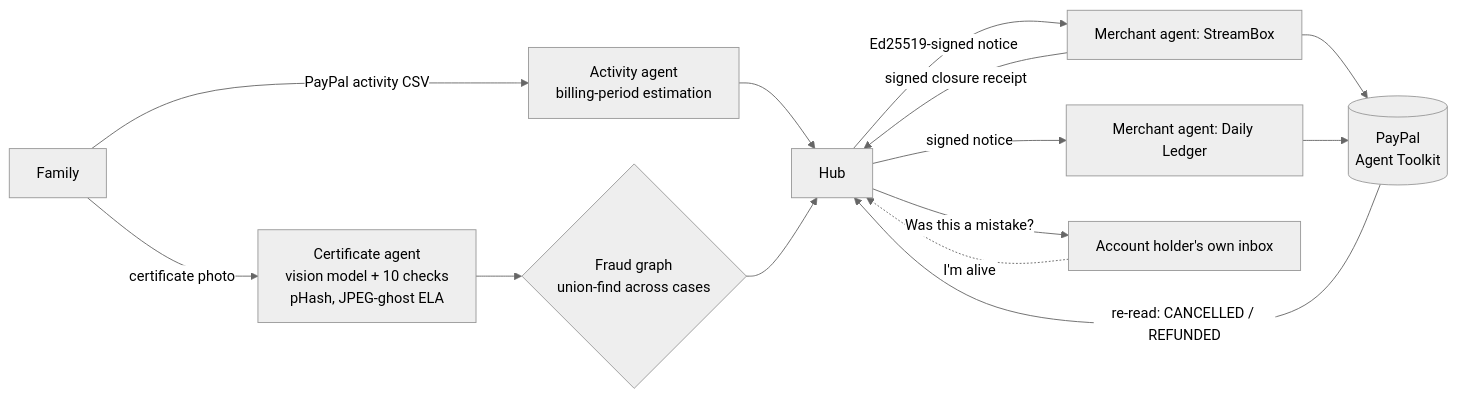
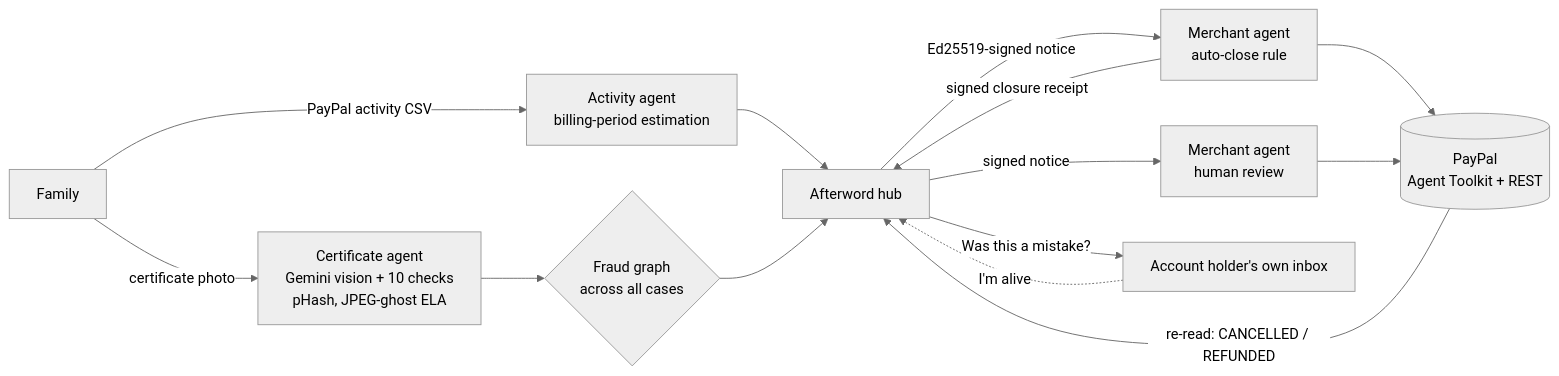
The diagram in README.md (Haresh276/afterword), drawn with Mermaid (neutral theme) before and after one commit. The commit also changed other lines of this file and 16 other files, not shown here.

````diff
--- a/README.md
+++ b/README.md
@@ -43,16 +56,16 @@
 ```mermaid
 flowchart LR
-  F[Family] -->|certificate photo| C[Certificate agent<br/>vision model + 10 checks<br/>pHash, JPEG-ghost ELA]
+  F[Family] -->|certificate photo| C[Certificate agent<br/>Gemini vision + 10 checks<br/>pHash, JPEG-ghost ELA]
   F -->|PayPal activity CSV| A[Activity agent<br/>billing-period estimation]
-  C --> G{Fraud graph<br/>union-find across cases}
-  A --> H[Hub]
+  C --> G{Fraud graph<br/>across all cases}
+  A --> H[Afterword hub]
   G --> H
-  H -->|Ed25519-signed notice| M1[Merchant agent: StreamBox]
-  H -->|signed notice| M2[Merchant agent: Daily Ledger]
+  H -->|Ed25519-signed notice| M1[Merchant agent<br/>auto-close rule]
+  H -->|signed notice| M2[Merchant agent<br/>human review]
   H -->|"Was this a mistake?"| X[Account holder's own inbox]
-  X -.->|I'm alive| H
-  M1 --> P[(PayPal<br/>Agent Toolkit)]
+  X -.->|"I'm alive"| H
+  M1 --> P[(PayPal<br/>Agent Toolkit + REST)]
   M2 --> P
   P -->|re-read: CANCELLED / REFUNDED| H
   M1 -->|signed closure receipt| H
 ```
````
